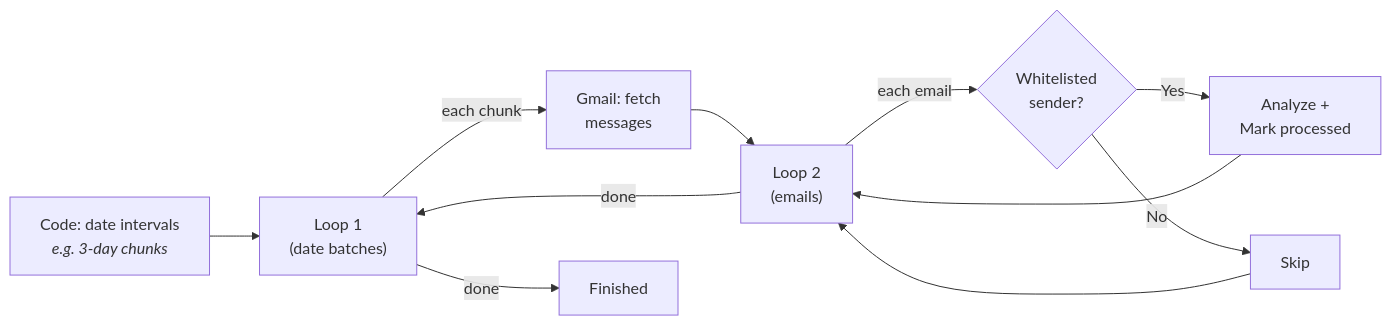
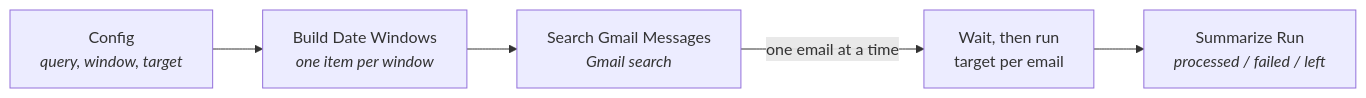
Before and after one commit to runfish5/micro-services: the third of 3 diagrams in projects/n8n/04_inbox-attachment-organizer/workflows/README.md, drawn with Mermaid. The commit also changed other lines of this file and 7 other files, not shown here.

````diff
--- a/projects/n8n/04_inbox-attachment-organizer/workflows/README.md
+++ b/projects/n8n/04_inbox-attachment-organizer/workflows/README.md
@@ -57,16 +65,7 @@
 ```mermaid
 flowchart LR
-    A["Code: date intervals<br/><i>e.g. 3-day chunks</i>"] --> B["Loop 1<br/>(date batches)"]
-    B -->|each chunk| C["Gmail: fetch<br/>messages"]
-    C --> D["Loop 2<br/>(emails)"]
-    D -->|each email| E{"Whitelisted<br/>sender?"}
-    E -->|Yes| F["Analyze +<br/>Mark processed"]
-    E -->|No| G["Skip"]
-    F --> D
-    G --> D
-    D -->|done| B
-    B -->|done| H["Finished"]
-    H ~~~ I[ ]
-    classDef hidden fill:none,stroke:none,color:none
-    class I hidden
+    A["Config<br/><i>query, window, target</i>"] --> B["Build Date Windows<br/><i>one item per window</i>"]
+    B --> C["Search Gmail Messages<br/><i>Gmail search</i>"]
+    C -->|one email at a time| D["Wait, then run<br/>target per email"]
+    D --> E["Summarize Run<br/><i>processed / failed / left</i>"]
 ```
````
